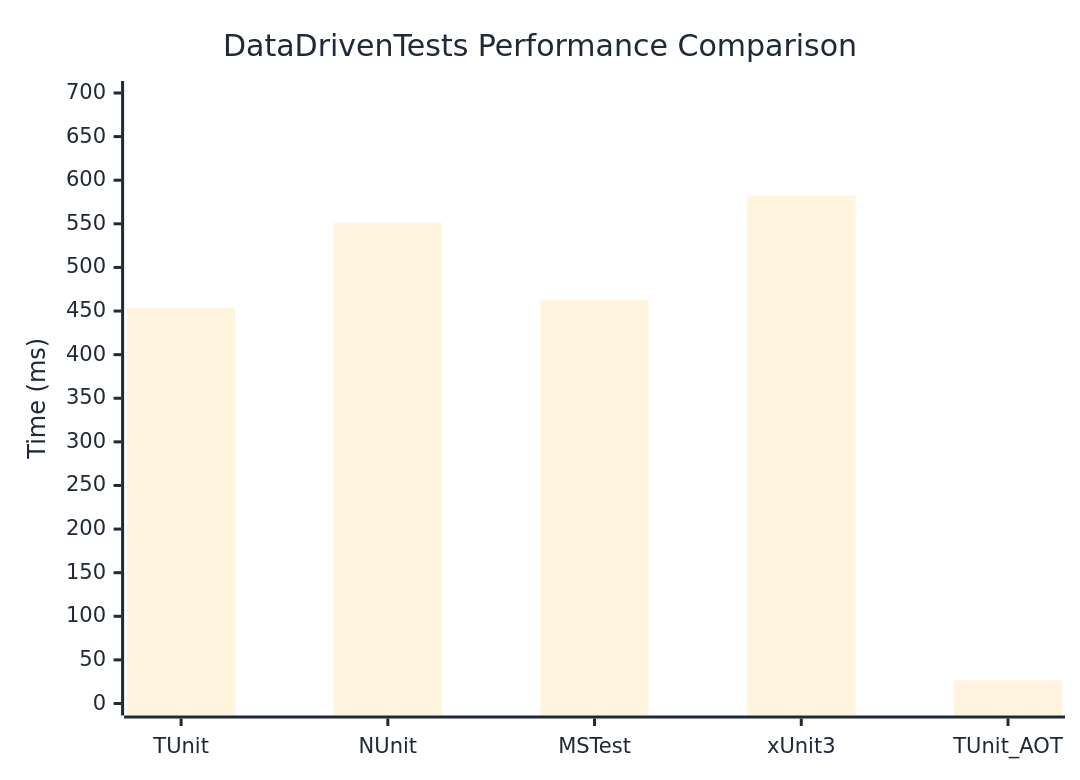
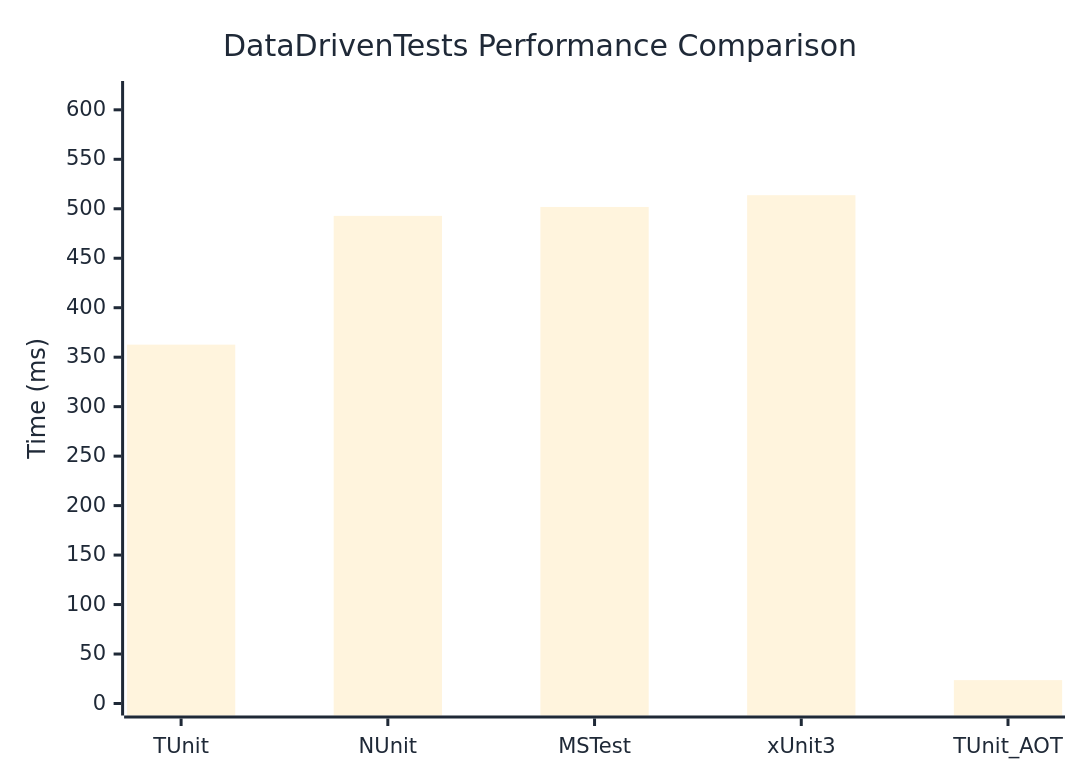
The diagram in docs/docs/benchmarks/DataDrivenTests.md (thomhurst/TUnit), drawn with Mermaid before and after one commit. The commit also changed other lines of this file and 17 other files, not shown here.

````diff
--- a/docs/docs/benchmarks/DataDrivenTests.md
+++ b/docs/docs/benchmarks/DataDrivenTests.md
@@ -27,37 +27,37 @@
 ```mermaid
 %%{init: {
   'theme':'base',
   'themeVariables': {
     'primaryColor': '#2563eb',
     'primaryTextColor': '#1f2937',
     'primaryBorderColor': '#1e40af',
     'lineColor': '#6b7280',
     'secondaryColor': '#7c3aed',
     'tertiaryColor': '#dc2626',
     'background': '#ffffff',
     'mainBkg': '#2563eb',
     'secondBkg': '#7c3aed',
     'tertiaryBkg': '#dc2626',
     'clusterBkg': '#f3f4f6',
     'edgeLabelBackground': '#ffffff',
     'tertiaryTextColor': '#1f2937',
     'pie1': '#2563eb',
     'pie2': '#7c3aed',
     'pie3': '#dc2626',
     'pie4': '#f59e0b',
     'pie5': '#10b981',
     'pie6': '#06b6d4',
     'pie7': '#ec4899',
     'pie8': '#6366f1',
     'pie9': '#84cc16',
     'pie10': '#f97316',
     'pie11': '#14b8a6',
     'pie12': '#a855f7'
   }
 }}%%
 xychart-beta
   title "DataDrivenTests Performance Comparison"
   x-axis ["TUnit", "NUnit", "MSTest", "xUnit3", "TUnit_AOT"]
-  y-axis "Time (ms)" 0 --> 700
-  bar [452.95, 551.31, 462.56, 582.59, 26.46]
+  y-axis "Time (ms)" 0 --> 617
+  bar [362.68, 492.82, 501.83, 513.71, 23.61]
 ```
````
